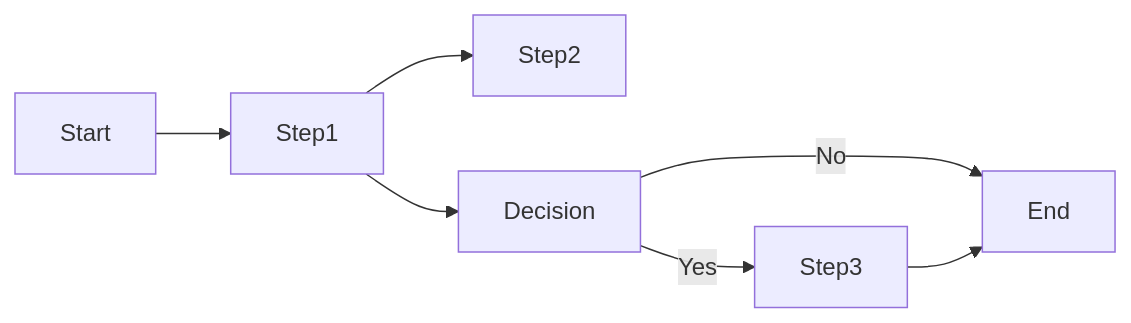
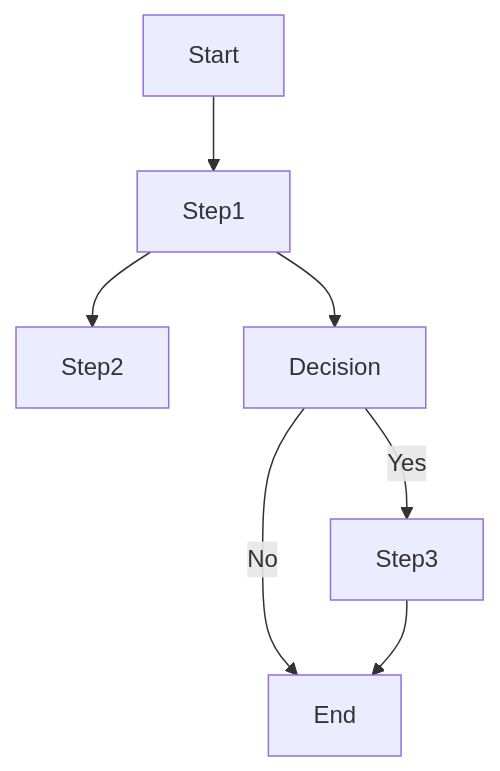
The diagram in nestjs/NestJs.MD (albin-joseph/myjslearnings), drawn with Mermaid before and after one commit.

Commit message:
add flowdiagram

````diff
--- a/nestjs/NestJs.MD
+++ b/nestjs/NestJs.MD
@@ -122,9 +122,9 @@
   ```mermaid
-    flowchart LR;
+    flowchart TD;
         Start --> Step1;
         Step1 --> Step2;
         Step1 --> Decision;
         Decision -->|Yes| Step3;
         Decision -->|No| End;
         Step3 --> End;
     ```
````
